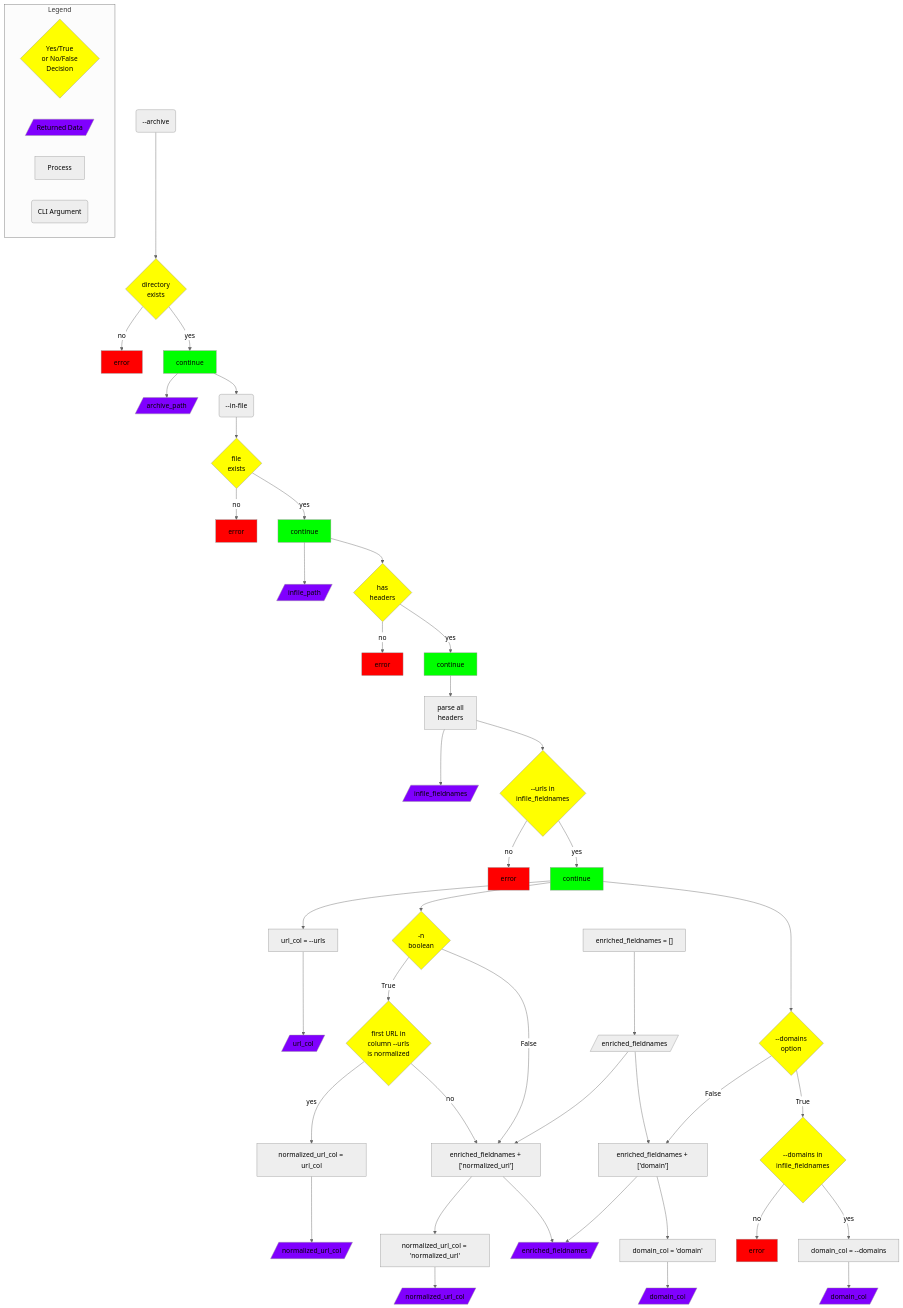
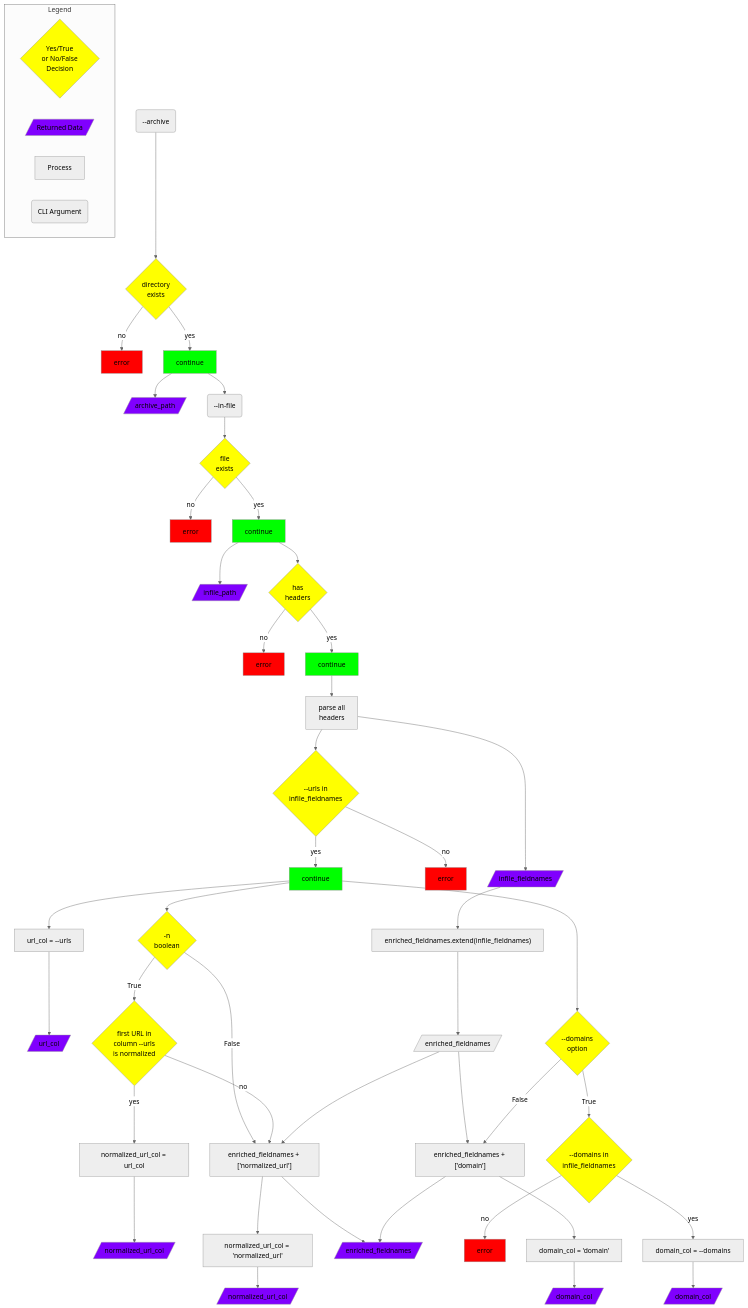
One commit to kat-kel/archive-html changed the fourth of 6 diagrams in README.md. Above: the diagram before and after it, drawn with Mermaid (neutral theme). The commit also changed other lines of this file, not shown here.

```diff
--- a/README.md
+++ b/README.md
@@ -175,7 +175,8 @@
     setNoNormalizedURLCol --> returnNoNormalizedURL[/normalized_url_col/]
     style returnNoNormalizedURL fill:#8000fe
 
-    makeEmptyEnrichedFieldnames["enriched_fieldnames = []"]
+    makeEmptyEnrichedFieldnames["enriched_fieldnames.extend(infile_fieldnames)"]
+    fieldnames --> makeEmptyEnrichedFieldnames
     emptyEnrichedFieldnames[/enriched_fieldnames/]
     makeEmptyEnrichedFieldnames --> emptyEnrichedFieldnames
     emptyEnrichedFieldnames --> addNormalizedURLCol
```
